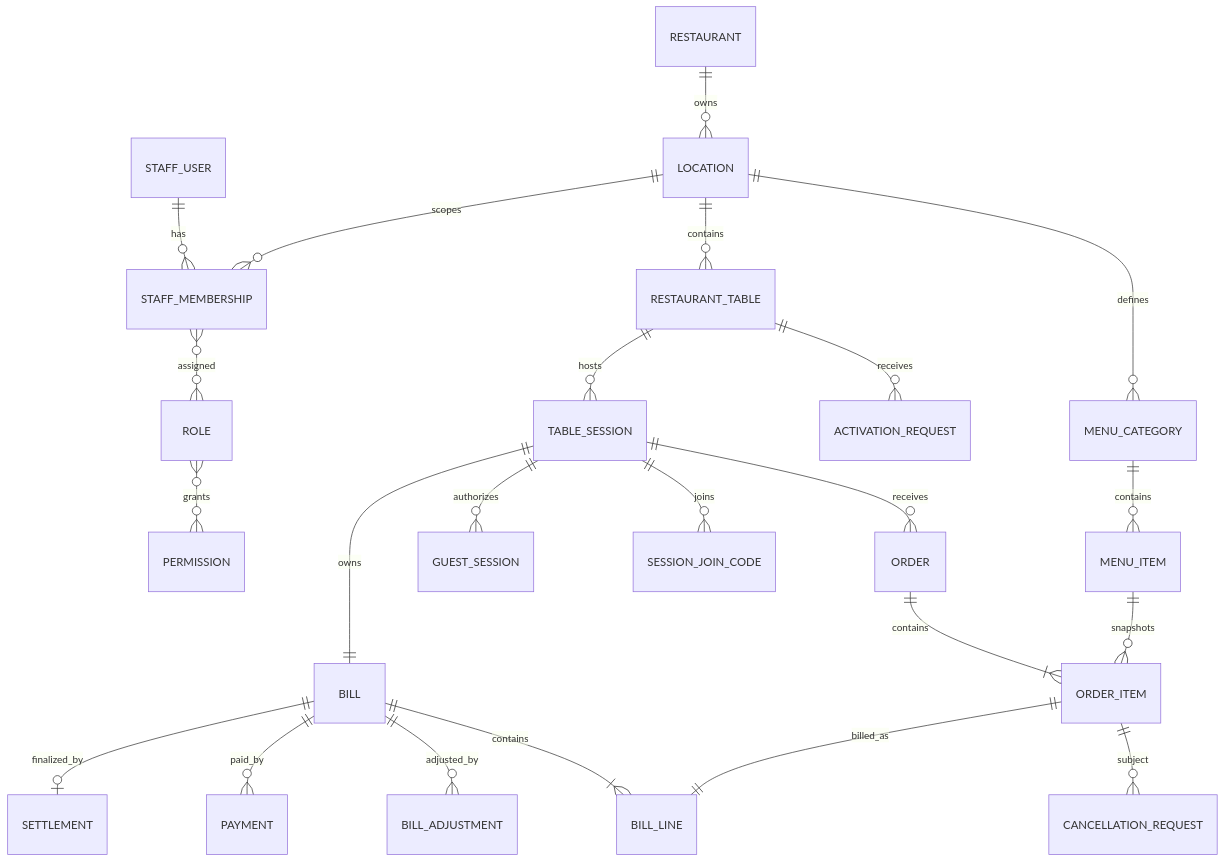
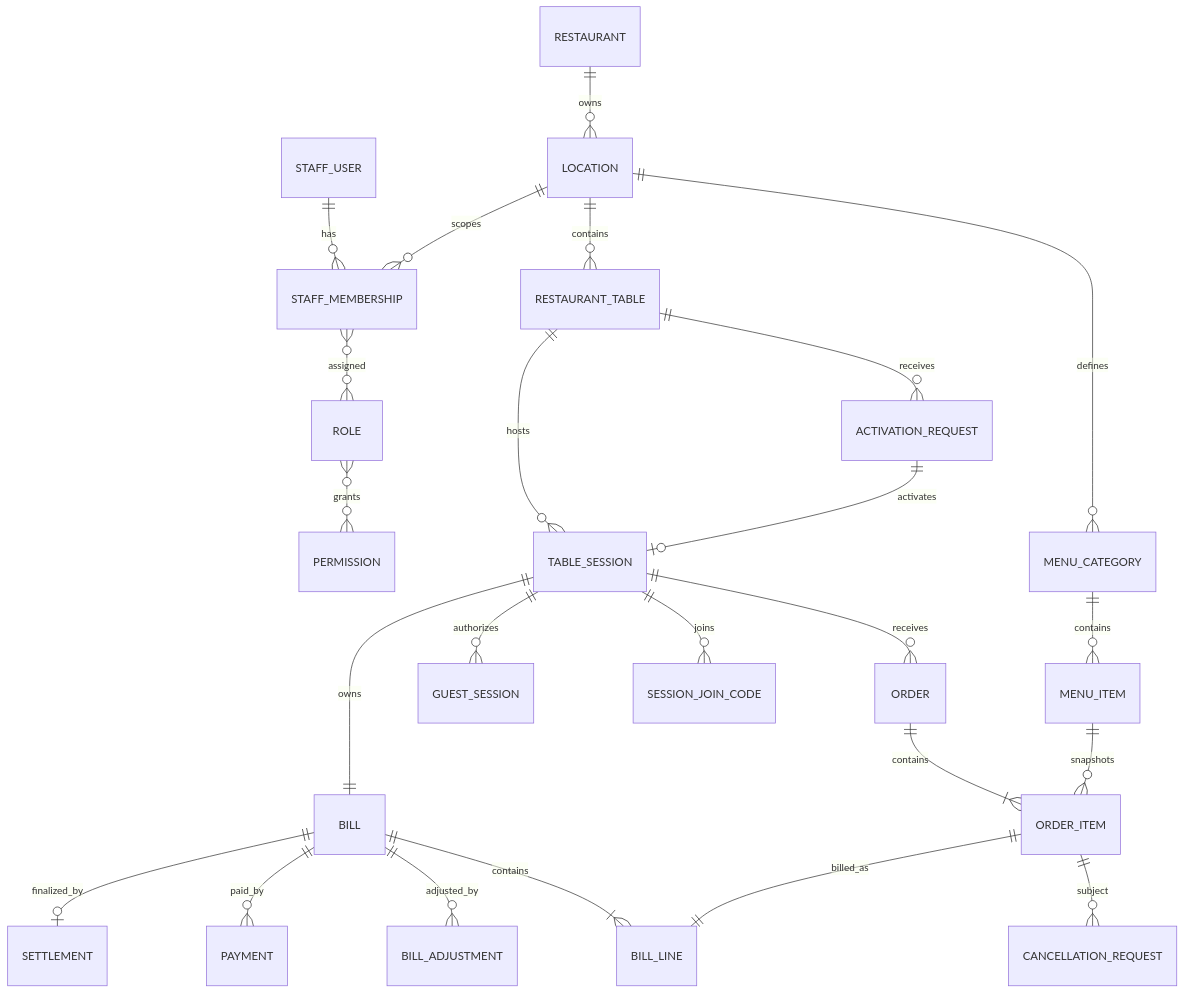
One commit to NamHoang4268/EatEase changed the diagram in docs/architecture/data-model.md. Above: the diagram before and after it, drawn with Mermaid. The commit also changed other lines of this file and 7 other files, not shown here.

````diff
--- a/docs/architecture/data-model.md
+++ b/docs/architecture/data-model.md
@@ -7,25 +7,26 @@
 ```mermaid
 erDiagram
   RESTAURANT ||--o{ LOCATION : owns
   LOCATION ||--o{ RESTAURANT_TABLE : contains
   STAFF_USER ||--o{ STAFF_MEMBERSHIP : has
   LOCATION ||--o{ STAFF_MEMBERSHIP : scopes
   STAFF_MEMBERSHIP }o--o{ ROLE : assigned
   ROLE }o--o{ PERMISSION : grants
   LOCATION ||--o{ MENU_CATEGORY : defines
   MENU_CATEGORY ||--o{ MENU_ITEM : contains
   RESTAURANT_TABLE ||--o{ ACTIVATION_REQUEST : receives
   RESTAURANT_TABLE ||--o{ TABLE_SESSION : hosts
+  ACTIVATION_REQUEST ||--o| TABLE_SESSION : activates
   TABLE_SESSION ||--o{ GUEST_SESSION : authorizes
   TABLE_SESSION ||--o{ SESSION_JOIN_CODE : joins
   TABLE_SESSION ||--o{ ORDER : receives
   ORDER ||--|{ ORDER_ITEM : contains
   MENU_ITEM ||--o{ ORDER_ITEM : snapshots
   ORDER_ITEM ||--o{ CANCELLATION_REQUEST : subject
   TABLE_SESSION ||--|| BILL : owns
   BILL ||--|{ BILL_LINE : contains
   ORDER_ITEM ||--|| BILL_LINE : billed_as
   BILL ||--o{ BILL_ADJUSTMENT : adjusted_by
   BILL ||--o{ PAYMENT : paid_by
   BILL ||--o| SETTLEMENT : finalized_by
 ```
````
